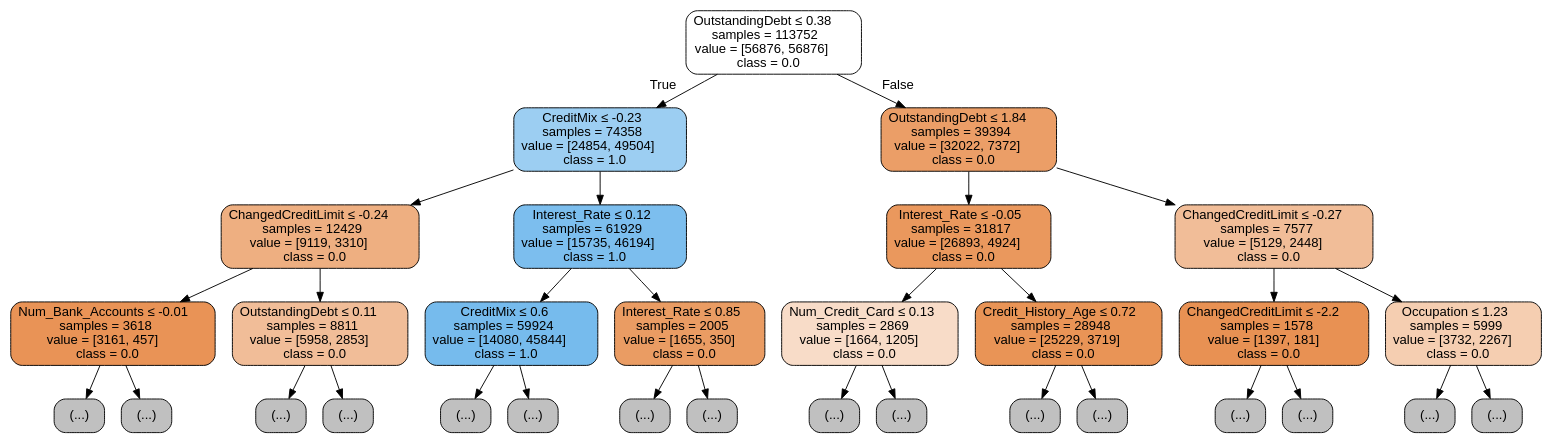
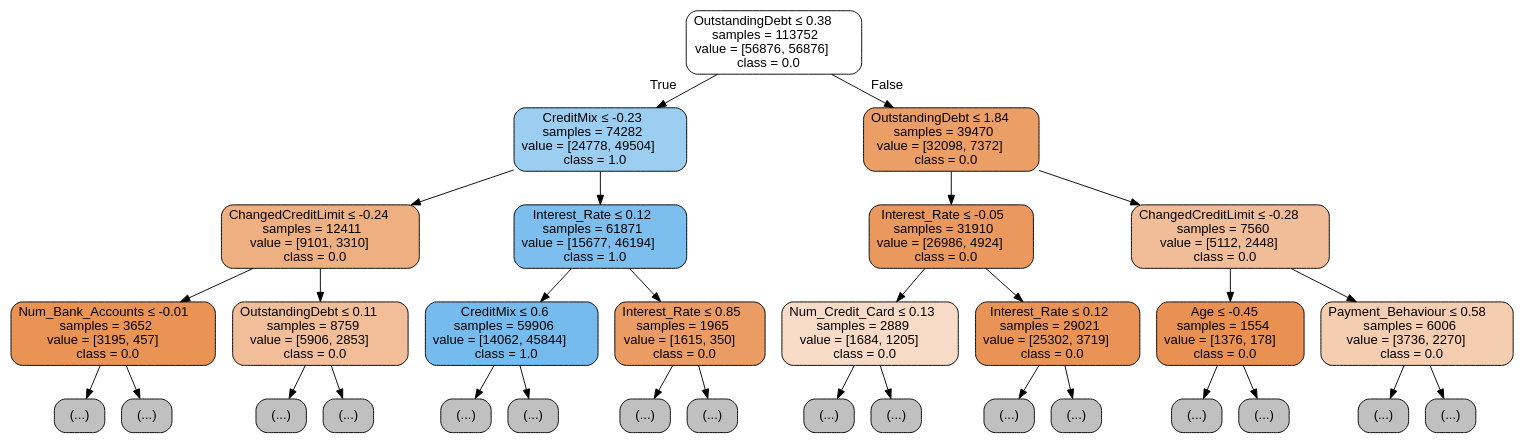
Before and after one commit to franciscoAbreuTecnico/Data-Science-IST: the diagram in dataset_services/classification_images/decision_tree/Credit_Score_dt_accuracy_best_tree.dot, drawn with Graphviz. The commit also changed 52 other files, not shown here.

```diff
--- a/dataset_services/classification_images/decision_tree/Credit_Score_dt_accuracy_best_tree.dot
+++ b/dataset_services/classification_images/decision_tree/Credit_Score_dt_accuracy_best_tree.dot
@@ -1,65 +1,65 @@
 digraph Tree {
 node [shape=box, style="filled, rounded", color="black", fontname="helvetica"] ;
 edge [fontname="helvetica"] ;
 0 [label=<OutstandingDebt &le; 0.38<br/>samples = 113752<br/>value = [56876, 56876]<br/>class = 0.0>, fillcolor="#ffffff"] ;
-1 [label=<CreditMix &le; -0.23<br/>samples = 74358<br/>value = [24854, 49504]<br/>class = 1.0>, fillcolor="#9ccef2"] ;
+1 [label=<CreditMix &le; -0.23<br/>samples = 74282<br/>value = [24778, 49504]<br/>class = 1.0>, fillcolor="#9ccef2"] ;
 0 -> 1 [labeldistance=2.5, labelangle=45, headlabel="True"] ;
-2 [label=<ChangedCreditLimit &le; -0.24<br/>samples = 12429<br/>value = [9119, 3310]<br/>class = 0.0>, fillcolor="#eeaf81"] ;
+2 [label=<ChangedCreditLimit &le; -0.24<br/>samples = 12411<br/>value = [9101, 3310]<br/>class = 0.0>, fillcolor="#eeaf81"] ;
 1 -> 2 ;
-3 [label=<Num_Bank_Accounts &le; -0.01<br/>samples = 3618<br/>value = [3161, 457]<br/>class = 0.0>, fillcolor="#e99356"] ;
+3 [label=<Num_Bank_Accounts &le; -0.01<br/>samples = 3652<br/>value = [3195, 457]<br/>class = 0.0>, fillcolor="#e99355"] ;
 2 -> 3 ;
 4 [label="(...)", fillcolor="#C0C0C0"] ;
 3 -> 4 ;
 11 [label="(...)", fillcolor="#C0C0C0"] ;
 3 -> 11 ;
-694 [label=<OutstandingDebt &le; 0.11<br/>samples = 8811<br/>value = [5958, 2853]<br/>class = 0.0>, fillcolor="#f1bd98"] ;
-2 -> 694 ;
-695 [label="(...)", fillcolor="#C0C0C0"] ;
-694 -> 695 ;
-2262 [label="(...)", fillcolor="#C0C0C0"] ;
-694 -> 2262 ;
-2491 [label=<Interest_Rate &le; 0.12<br/>samples = 61929<br/>value = [15735, 46194]<br/>class = 1.0>, fillcolor="#7cbeee"] ;
-1 -> 2491 ;
-2492 [label=<CreditMix &le; 0.6<br/>samples = 59924<br/>value = [14080, 45844]<br/>class = 1.0>, fillcolor="#76bbed"] ;
-2491 -> 2492 ;
-2493 [label="(...)", fillcolor="#C0C0C0"] ;
-2492 -> 2493 ;
-6058 [label="(...)", fillcolor="#C0C0C0"] ;
-2492 -> 6058 ;
-9831 [label=<Interest_Rate &le; 0.85<br/>samples = 2005<br/>value = [1655, 350]<br/>class = 0.0>, fillcolor="#ea9c63"] ;
-2491 -> 9831 ;
-9832 [label="(...)", fillcolor="#C0C0C0"] ;
-9831 -> 9832 ;
-10141 [label="(...)", fillcolor="#C0C0C0"] ;
-9831 -> 10141 ;
-10192 [label=<OutstandingDebt &le; 1.84<br/>samples = 39394<br/>value = [32022, 7372]<br/>class = 0.0>, fillcolor="#eb9e67"] ;
-0 -> 10192 [labeldistance=2.5, labelangle=-45, headlabel="False"] ;
-10193 [label=<Interest_Rate &le; -0.05<br/>samples = 31817<br/>value = [26893, 4924]<br/>class = 0.0>, fillcolor="#ea985d"] ;
-10192 -> 10193 ;
-10194 [label=<Num_Credit_Card &le; 0.13<br/>samples = 2869<br/>value = [1664, 1205]<br/>class = 0.0>, fillcolor="#f8dcc8"] ;
-10193 -> 10194 ;
-10195 [label="(...)", fillcolor="#C0C0C0"] ;
-10194 -> 10195 ;
-10666 [label="(...)", fillcolor="#C0C0C0"] ;
-10194 -> 10666 ;
-10711 [label=<Credit_History_Age &le; 0.72<br/>samples = 28948<br/>value = [25229, 3719]<br/>class = 0.0>, fillcolor="#e99456"] ;
-10193 -> 10711 ;
-10712 [label="(...)", fillcolor="#C0C0C0"] ;
-10711 -> 10712 ;
-14289 [label="(...)", fillcolor="#C0C0C0"] ;
-10711 -> 14289 ;
-14290 [label=<ChangedCreditLimit &le; -0.27<br/>samples = 7577<br/>value = [5129, 2448]<br/>class = 0.0>, fillcolor="#f1bd98"] ;
-10192 -> 14290 ;
-14291 [label=<ChangedCreditLimit &le; -2.2<br/>samples = 1578<br/>value = [1397, 181]<br/>class = 0.0>, fillcolor="#e89153"] ;
-14290 -> 14291 ;
-14292 [label="(...)", fillcolor="#C0C0C0"] ;
-14291 -> 14292 ;
-14293 [label="(...)", fillcolor="#C0C0C0"] ;
-14291 -> 14293 ;
-14604 [label=<Occupation &le; 1.23<br/>samples = 5999<br/>value = [3732, 2267]<br/>class = 0.0>, fillcolor="#f5ceb1"] ;
-14290 -> 14604 ;
-14605 [label="(...)", fillcolor="#C0C0C0"] ;
-14604 -> 14605 ;
-15774 [label="(...)", fillcolor="#C0C0C0"] ;
-14604 -> 15774 ;
+650 [label=<OutstandingDebt &le; 0.11<br/>samples = 8759<br/>value = [5906, 2853]<br/>class = 0.0>, fillcolor="#f2be99"] ;
+2 -> 650 ;
+651 [label="(...)", fillcolor="#C0C0C0"] ;
+650 -> 651 ;
+2194 [label="(...)", fillcolor="#C0C0C0"] ;
+650 -> 2194 ;
+2395 [label=<Interest_Rate &le; 0.12<br/>samples = 61871<br/>value = [15677, 46194]<br/>class = 1.0>, fillcolor="#7cbeee"] ;
+1 -> 2395 ;
+2396 [label=<CreditMix &le; 0.6<br/>samples = 59906<br/>value = [14062, 45844]<br/>class = 1.0>, fillcolor="#76bbed"] ;
+2395 -> 2396 ;
+2397 [label="(...)", fillcolor="#C0C0C0"] ;
+2396 -> 2397 ;
+5406 [label="(...)", fillcolor="#C0C0C0"] ;
+2396 -> 5406 ;
+9091 [label=<Interest_Rate &le; 0.85<br/>samples = 1965<br/>value = [1615, 350]<br/>class = 0.0>, fillcolor="#eb9c64"] ;
+2395 -> 9091 ;
+9092 [label="(...)", fillcolor="#C0C0C0"] ;
+9091 -> 9092 ;
+9383 [label="(...)", fillcolor="#C0C0C0"] ;
+9091 -> 9383 ;
+9422 [label=<OutstandingDebt &le; 1.84<br/>samples = 39470<br/>value = [32098, 7372]<br/>class = 0.0>, fillcolor="#eb9e66"] ;
+0 -> 9422 [labeldistance=2.5, labelangle=-45, headlabel="False"] ;
+9423 [label=<Interest_Rate &le; -0.05<br/>samples = 31910<br/>value = [26986, 4924]<br/>class = 0.0>, fillcolor="#ea985d"] ;
+9422 -> 9423 ;
+9424 [label=<Num_Credit_Card &le; 0.13<br/>samples = 2889<br/>value = [1684, 1205]<br/>class = 0.0>, fillcolor="#f8dbc7"] ;
+9423 -> 9424 ;
+9425 [label="(...)", fillcolor="#C0C0C0"] ;
+9424 -> 9425 ;
+9894 [label="(...)", fillcolor="#C0C0C0"] ;
+9424 -> 9894 ;
+9929 [label=<Interest_Rate &le; 0.12<br/>samples = 29021<br/>value = [25302, 3719]<br/>class = 0.0>, fillcolor="#e99456"] ;
+9423 -> 9929 ;
+9930 [label="(...)", fillcolor="#C0C0C0"] ;
+9929 -> 9930 ;
+11337 [label="(...)", fillcolor="#C0C0C0"] ;
+9929 -> 11337 ;
+14044 [label=<ChangedCreditLimit &le; -0.28<br/>samples = 7560<br/>value = [5112, 2448]<br/>class = 0.0>, fillcolor="#f1bd98"] ;
+9422 -> 14044 ;
+14045 [label=<Age &le; -0.45<br/>samples = 1554<br/>value = [1376, 178]<br/>class = 0.0>, fillcolor="#e89153"] ;
+14044 -> 14045 ;
+14046 [label="(...)", fillcolor="#C0C0C0"] ;
+14045 -> 14046 ;
+14161 [label="(...)", fillcolor="#C0C0C0"] ;
+14045 -> 14161 ;
+14314 [label=<Payment_Behaviour &le; 0.58<br/>samples = 6006<br/>value = [3736, 2270]<br/>class = 0.0>, fillcolor="#f5ceb1"] ;
+14044 -> 14314 ;
+14315 [label="(...)", fillcolor="#C0C0C0"] ;
+14314 -> 14315 ;
+15160 [label="(...)", fillcolor="#C0C0C0"] ;
+14314 -> 15160 ;
 }
```
